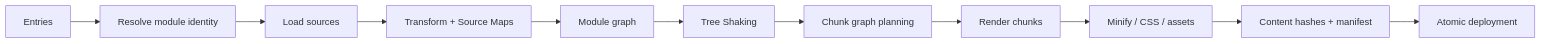
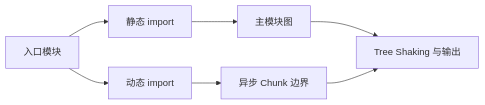
The diagram in docs/frontend/bundlers-code-splitting.md (upJiang/jiang-blog-vitepress), drawn with Mermaid before and after one commit. The commit also changed other lines of this file and 164 other files, not shown here.

````diff
--- a/docs/frontend/bundlers-code-splitting.md
+++ b/docs/frontend/bundlers-code-splitting.md
@@ -19,13 +20,9 @@
 ```mermaid
 flowchart LR
-  E[Entries] --> R[Resolve module identity]
-  R --> L[Load sources]
-  L --> T[Transform + Source Maps]
-  T --> MG[Module graph]
-  MG --> TS[Tree Shaking]
-  TS --> CG[Chunk graph planning]
-  CG --> C[Render chunks]
-  C --> M[Minify / CSS / assets]
-  M --> H[Content hashes + manifest]
-  H --> D[Atomic deployment]
+  E[入口模块] --> S[静态 import]
+  E --> D[动态 import]
+  S --> G[主模块图]
+  D --> C[异步 Chunk 边界]
+  G --> O[Tree Shaking 与输出]
+  C --> O
 ```
````
